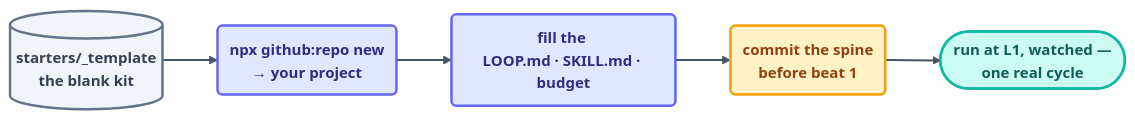
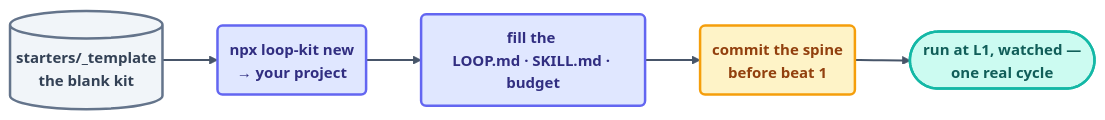
Before and after one commit to ayeshakhalid192007-dev/LoopEngineering-CrashCourse: the diagram in docs/09-methods/scaffold-from-template.md, drawn with Mermaid. The commit also changed other lines of this file and 9 other files, not shown here.

First line of the commit message:
refactor(loop-kit): publish kits as their own package, not the repo

````diff
--- a/docs/09-methods/scaffold-from-template.md
+++ b/docs/09-methods/scaffold-from-template.md
@@ -42,13 +42,13 @@
 ```mermaid
 %%{init: {'theme':'base','themeVariables':{'fontFamily':'ui-sans-serif, system-ui, sans-serif','fontSize':'15px','lineColor':'#475569','edgeLabelBackground':'#f8fafc'},'flowchart':{'curve':'basis','nodeSpacing':45,'rankSpacing':55,'padding':12}}}%%
 flowchart LR
-    T[("starters/_template<br/>the blank kit")]:::file --> CP("npx github:repo new <loop-name><br/>→ your project"):::step
+    T[("starters/_template<br/>the blank kit")]:::file --> CP("npx loop-kit new <loop-name><br/>→ your project"):::step
     CP --> FILL("fill the <blanks><br/>LOOP.md · SKILL.md · budget"):::step
     FILL --> COMMIT("commit the spine<br/>before beat 1"):::gate
     COMMIT --> RUN(["run at L1, watched —<br/>one real cycle"]):::win
     linkStyle default stroke:#475569,stroke-width:2px;
     classDef file fill:#f1f5f9,stroke:#64748b,stroke-width:2.5px,color:#334155,font-weight:600;
     classDef step fill:#e0e7ff,stroke:#6366f1,stroke-width:2.5px,color:#312e81,font-weight:600;
     classDef gate fill:#fef3c7,stroke:#f59e0b,stroke-width:2.5px,color:#92400e,font-weight:600;
     classDef win fill:#ccfbf1,stroke:#14b8a6,stroke-width:2.5px,color:#115e59,font-weight:600;
 ```
````
